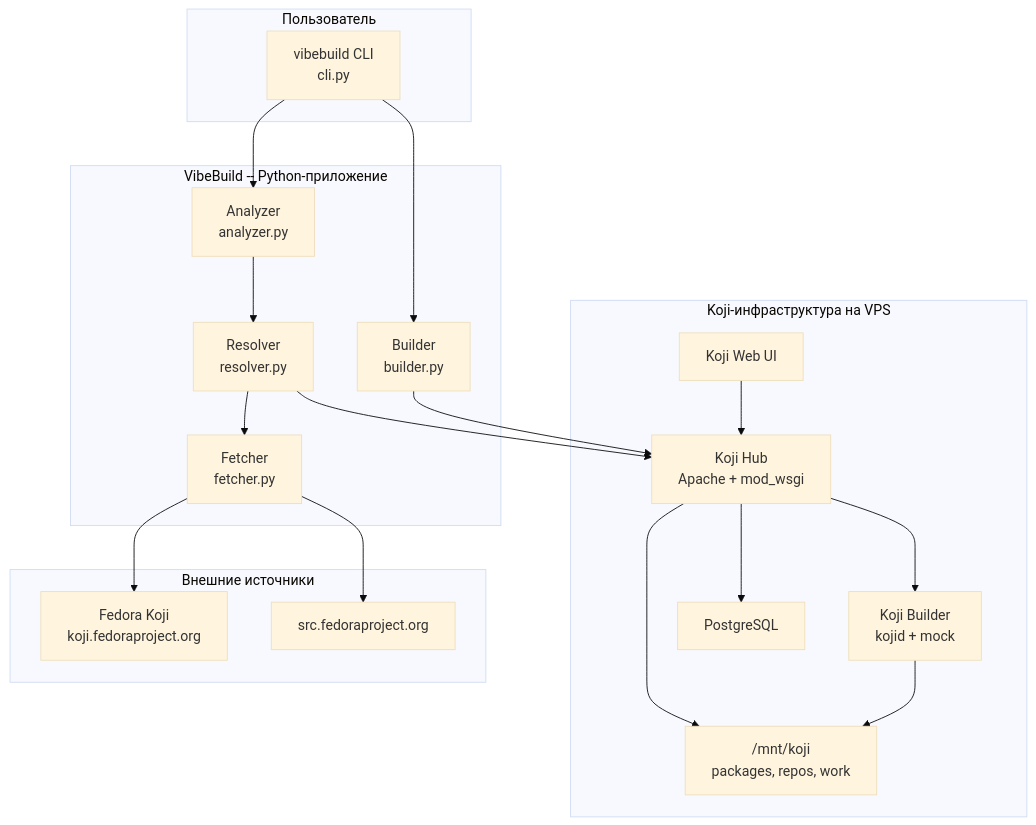
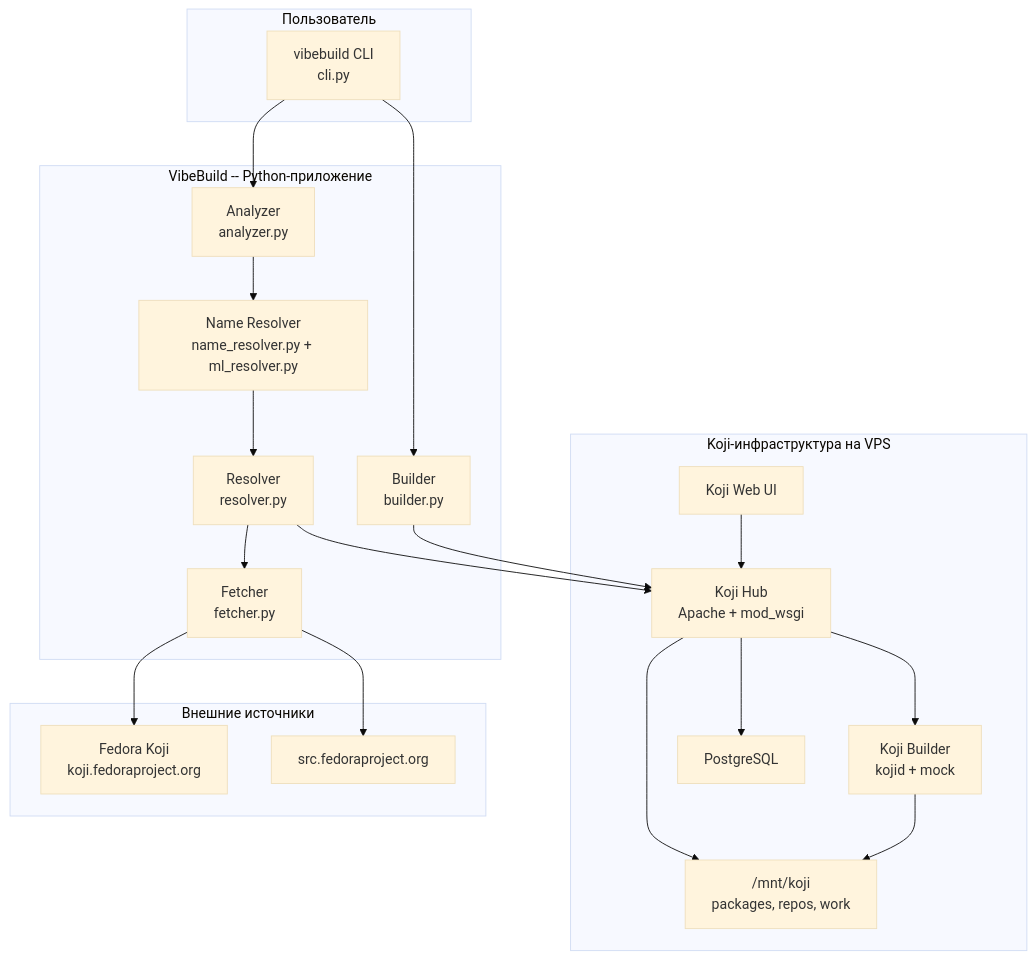
Before and after one commit to ssokkol/koji-vibebuild: the first of 17 diagrams in docs/PROJECT_OVERVIEW.md, drawn with Mermaid (base theme). The commit also changed other lines of this file and 6 other files, not shown here.

````diff
--- a/docs/PROJECT_OVERVIEW.md
+++ b/docs/PROJECT_OVERVIEW.md
@@ -62,40 +67,42 @@
 ```mermaid
 graph TB
     subgraph user [Пользователь]
         CLI["vibebuild CLI<br/>cli.py"]
     end
 
     subgraph vibebuild [VibeBuild -- Python-приложение]
         Analyzer["Analyzer<br/>analyzer.py"]
+        NameResolver["Name Resolver<br/>name_resolver.py + ml_resolver.py"]
         Resolver["Resolver<br/>resolver.py"]
         Fetcher["Fetcher<br/>fetcher.py"]
         Builder["Builder<br/>builder.py"]
     end
 
     subgraph koji_infra [Koji-инфраструктура на VPS]
         Hub["Koji Hub<br/>Apache + mod_wsgi"]
         KojiBuilder["Koji Builder<br/>kojid + mock"]
         DB["PostgreSQL"]
         Web["Koji Web UI"]
         Storage["/mnt/koji<br/>packages, repos, work"]
     end
 
     subgraph external [Внешние источники]
         FedoraKoji["Fedora Koji<br/>koji.fedoraproject.org"]
         FedoraSrc["src.fedoraproject.org"]
     end
 
     CLI --> Analyzer
     CLI --> Builder
-    Analyzer --> Resolver
+    Analyzer --> NameResolver
+    NameResolver --> Resolver
     Resolver --> Fetcher
     Resolver --> Hub
     Fetcher --> FedoraKoji
     Fetcher --> FedoraSrc
     Builder --> Hub
     Hub --> DB
     Hub --> KojiBuilder
     Hub --> Storage
     KojiBuilder --> Storage
     Web --> Hub
 ```
````
